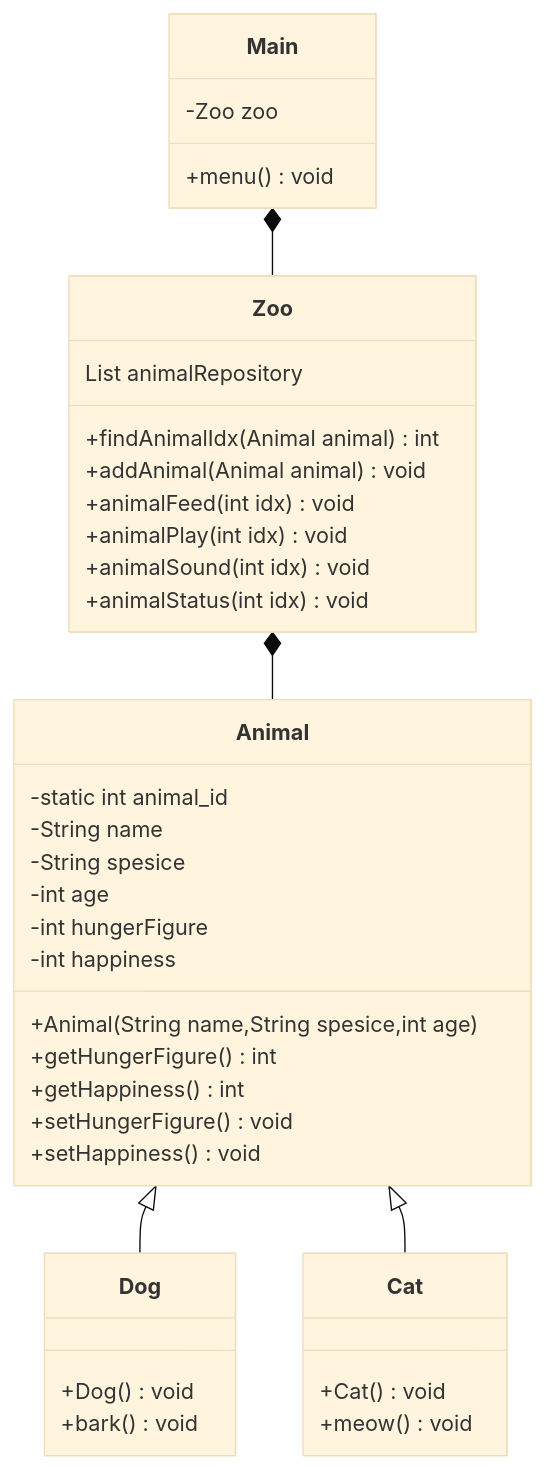
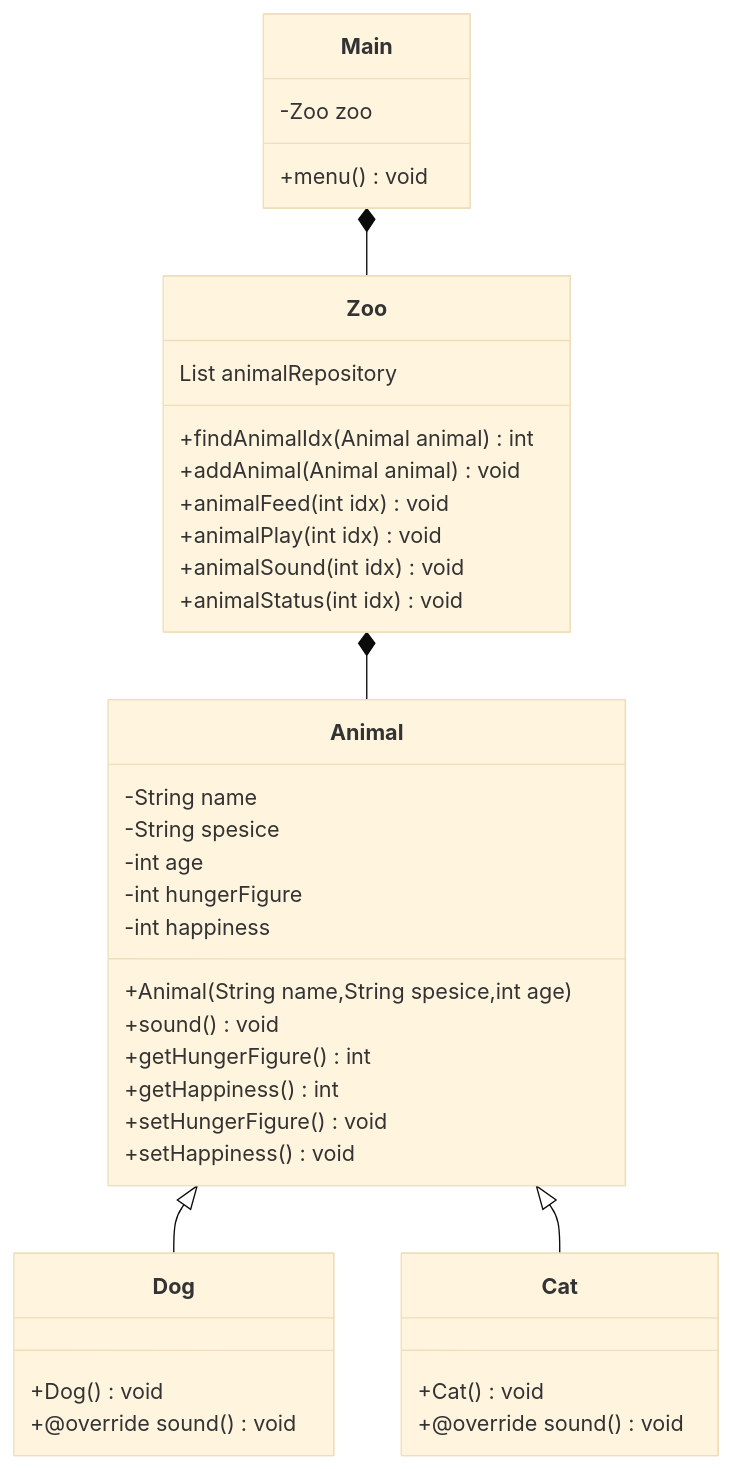
The diagram in ClassDiagram.md (juwoojae/animalhouse), drawn with Mermaid (base theme) before and after one commit.

Commit message:
Update ClassDiagram.md
1차 최종본
- 메서드 오버라이딩 을 이용한 동적바인딩

````diff
--- a/ClassDiagram.md
+++ b/ClassDiagram.md
@@ -1,42 +1,42 @@
 ```mermaid
 classDiagram
     Main *-- Zoo
 class Main{ 
     -Zoo zoo 
     +menu() void
 }
 class Zoo{
     List<Animal> animalRepository
     +findAnimalIdx(Animal animal) int 
     +addAnimal(Animal animal) void
     +animalFeed(int idx) void
     +animalPlay(int idx) void
     +animalSound(int idx) void
     +animalStatus(int idx) void
 }
 
     Zoo *-- Animal
 class Animal {
-    -static int animal_id 
 -String name
 -String spesice
 -int age 
 -int hungerFigure
 -int happiness 
 +Animal(String name,String spesice,int age)
++sound() void 
 +getHungerFigure() int 
 +getHappiness() int 
 +setHungerFigure() void
 +setHappiness() void
 }
     Animal <|-- Dog
     Animal <|-- Cat
 class Dog{
     +Dog() void
-    +bark() void
+    +@override sound() void 
 }
 class Cat{
     +Cat() void
-    +meow() void
+    +@override sound() void 
 }
 ```
````
